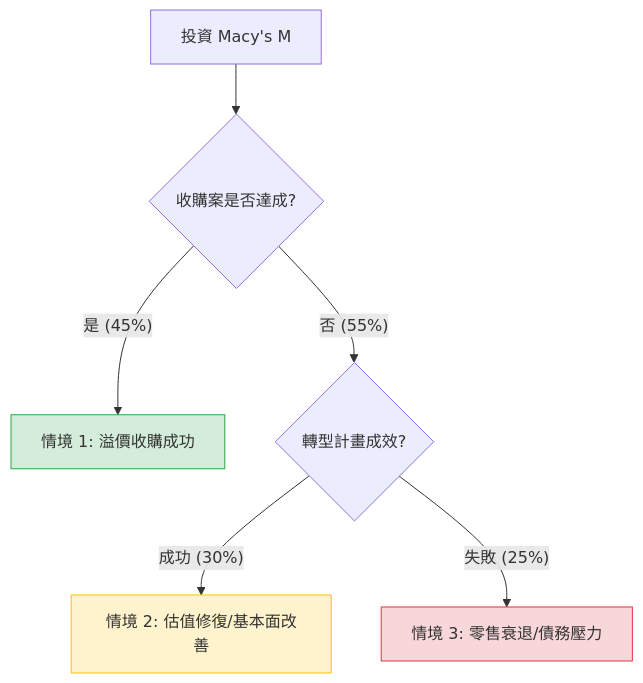
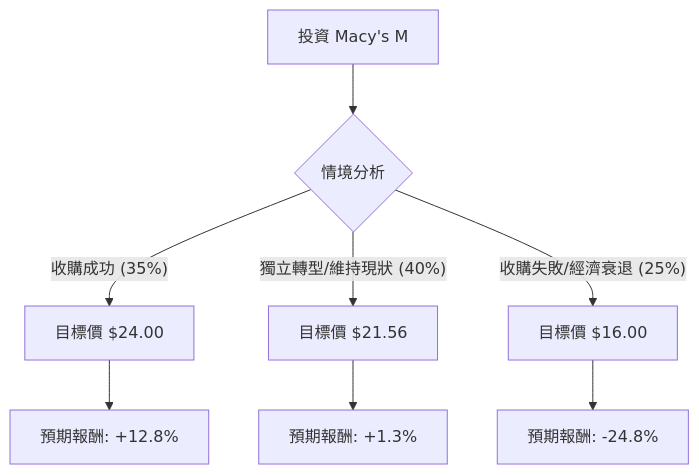
Before and after one commit to zmcx16/zmcx16.github.io: the diagram in plugin-react/ai-analysis/ev-analysis/M.md, drawn with Mermaid. The commit also changed other lines of this file and 95 other files, not shown here.

````diff
--- a/plugin-react/ai-analysis/ev-analysis/M.md
+++ b/plugin-react/ai-analysis/ev-analysis/M.md
@@ -24,14 +18,12 @@
 ```mermaid
 graph TD
-    A[投資 Macy's M] --> B{收購案是否達成?}
+    A[投資 Macy's M] --> B{情境分析}
     
-    B -- 是 (45%) --> C[情境 1: 溢價收購成功]
-    B -- 否 (55%) --> D{轉型計畫成效?}
-    
-    D -- 成功 (30%) --> E[情境 2: 估值修復/基本面改善]
-    D -- 失敗 (25%) --> F[情境 3: 零售衰退/債務壓力]
+    B -- 收購成功 (35%) --> C[目標價 $24.00]
+    B -- 獨立轉型/維持現狀 (40%) --> D[目標價 $21.56]
+    B -- 收購失敗/經濟衰退 (25%) --> E[目標價 $16.00]
 
-    style C fill:#d4edda,stroke:#28a745
-    style E fill:#fff3cd,stroke:#ffc107
-    style F fill:#f8d7da,stroke:#dc3545
+    C --> C1[預期報酬: +12.8%]
+    D --> D1[預期報酬: +1.3%]
+    E --> E1[預期報酬: -24.8%]
 ```
````
